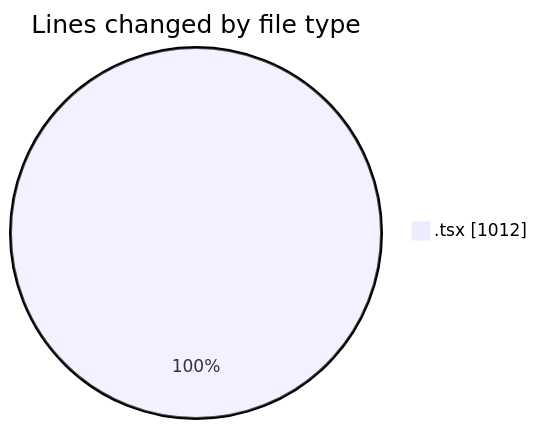
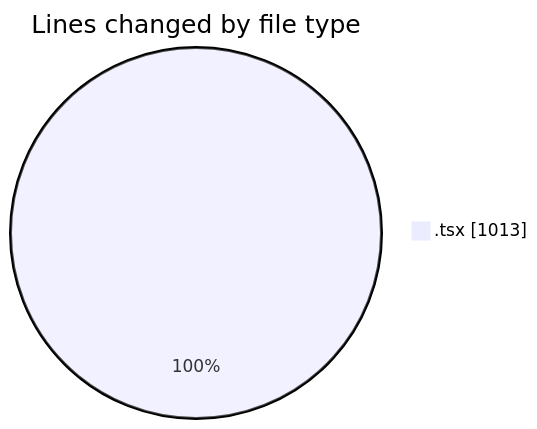
Before and after one commit to momahboobian/code-tracking: the first of 2 diagrams in 2026-05-11/cda/README.md, drawn with Mermaid. The commit also changed other lines of this file and 1 other file, not shown here.

````diff
--- a/2026-05-11/cda/README.md
+++ b/2026-05-11/cda/README.md
@@ -25,5 +25,5 @@
 ```mermaid
 pie showData
 title Lines changed by file type
-".tsx" : 1012
+".tsx" : 1013
 ```
````
